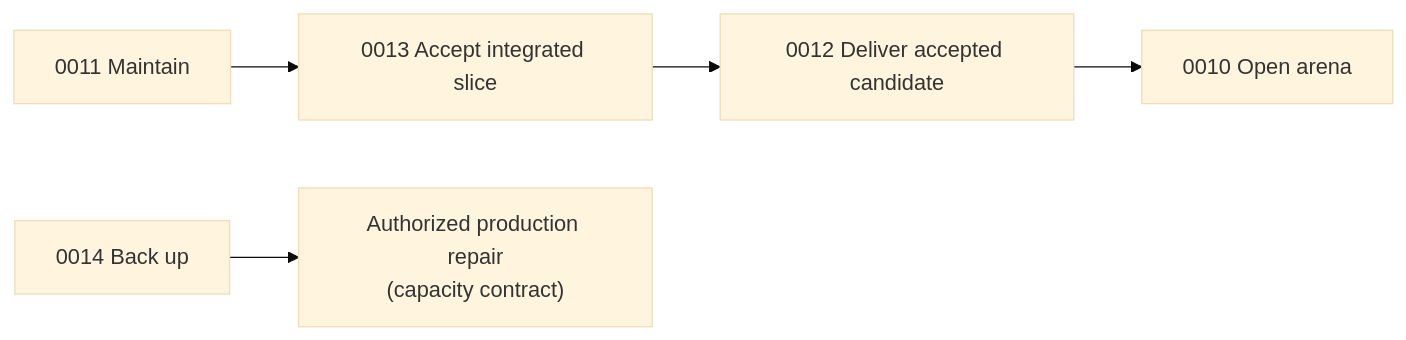
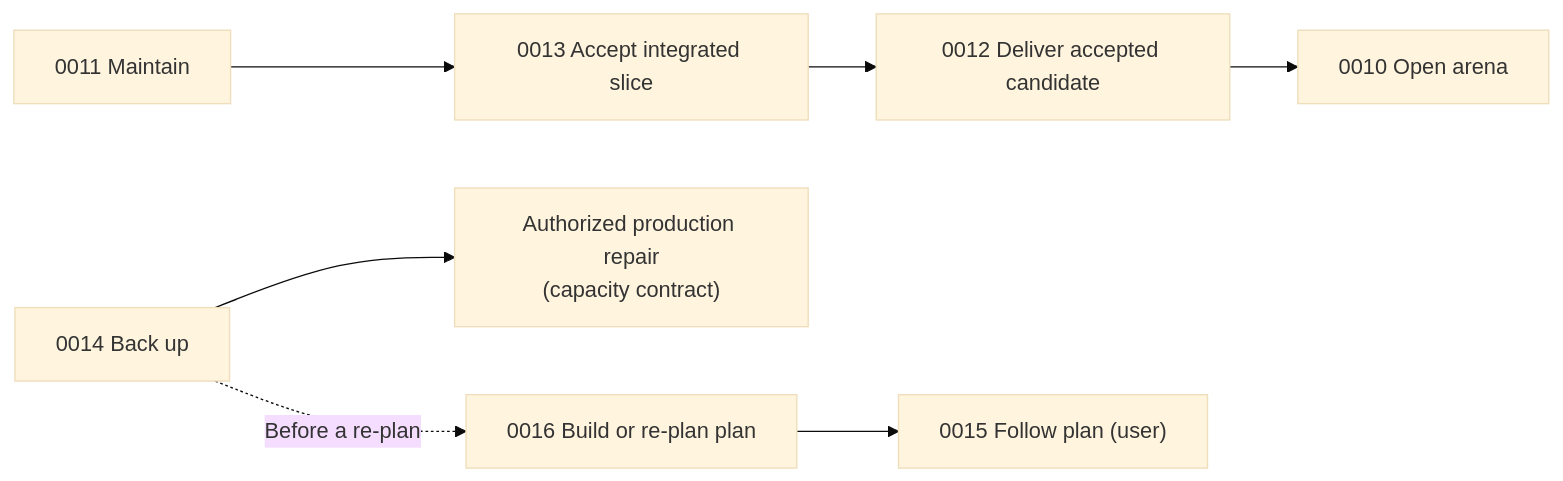
Before and after one commit to lengthlong/exercise_arena: the diagram in journey/OPERATOR.md, drawn with Mermaid (base theme). The commit also changed other lines of this file and 20 other files, not shown here.

````diff
--- a/journey/OPERATOR.md
+++ b/journey/OPERATOR.md
@@ -12,7 +13,9 @@
 ```mermaid
 flowchart LR
     M["0011 Maintain"] --> A["0013 Accept integrated slice"]
     A --> D["0012 Deliver accepted candidate"]
     D --> U["0010 Open arena"]
     B["0014 Back up"] --> C["Authorized production repair<br/>(capacity contract)"]
+    B -. Before a re-plan .-> P["0016 Build or re-plan plan"]
+    P --> F["0015 Follow plan (user)"]
 ```
````
